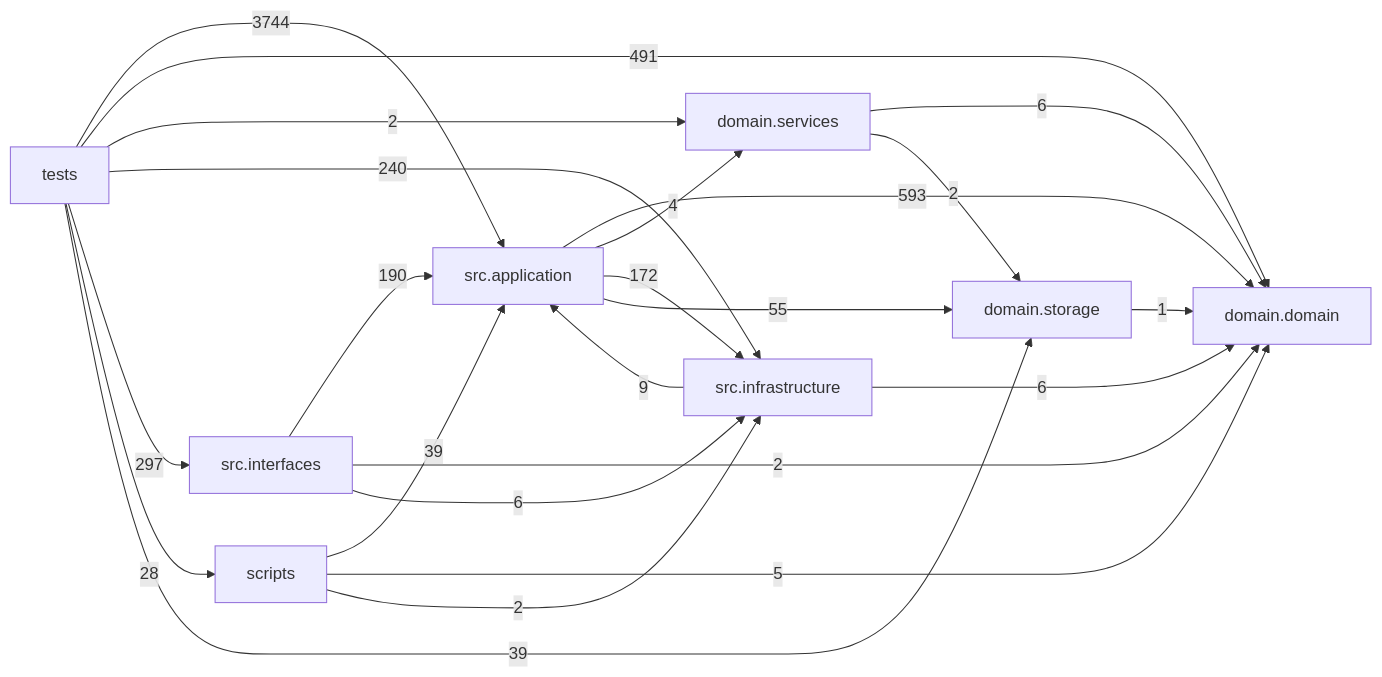
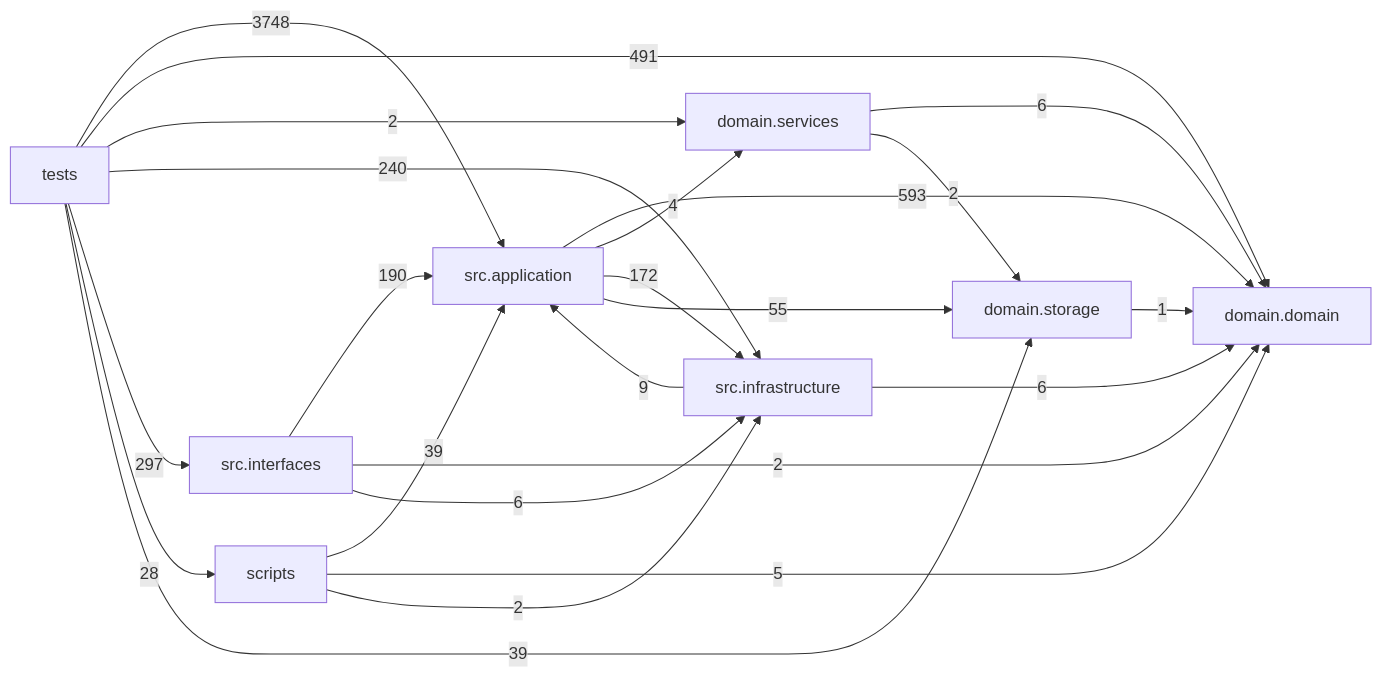
The diagram in docs/DEPENDENCY_GRAPH.md (liuxie066/options-monitor), drawn with Mermaid before and after one commit. The commit also changed other lines of this file and 7 other files, not shown here.

````diff
--- a/docs/DEPENDENCY_GRAPH.md
+++ b/docs/DEPENDENCY_GRAPH.md
@@ -24,33 +24,33 @@
 ```mermaid
 flowchart LR
   tests["tests"]
   scripts["scripts"]
   interfaces["src.interfaces"]
   application["src.application"]
   infrastructure["src.infrastructure"]
   domain_services["domain.services"]
   domain["domain.domain"]
   storage["domain.storage"]
   application -->|593| domain
   application -->|4| domain_services
   application -->|172| infrastructure
   application -->|55| storage
   domain_services -->|6| domain
   domain_services -->|2| storage
   infrastructure -->|9| application
   infrastructure -->|6| domain
   interfaces -->|190| application
   interfaces -->|2| domain
   interfaces -->|6| infrastructure
   scripts -->|39| application
   scripts -->|5| domain
   scripts -->|2| infrastructure
   storage -->|1| domain
-  tests -->|3744| application
+  tests -->|3748| application
   tests -->|491| domain
   tests -->|2| domain_services
   tests -->|240| infrastructure
   tests -->|297| interfaces
   tests -->|28| scripts
   tests -->|39| storage
 ```
````
